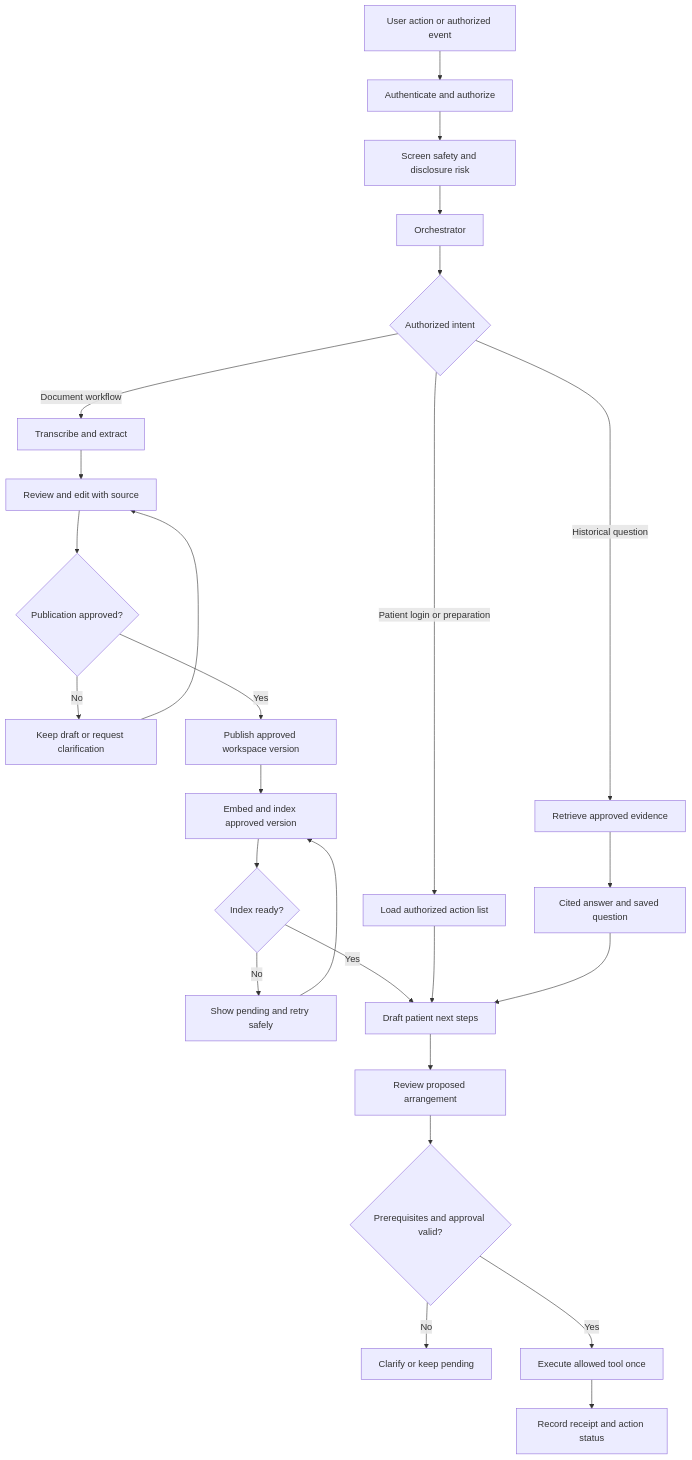
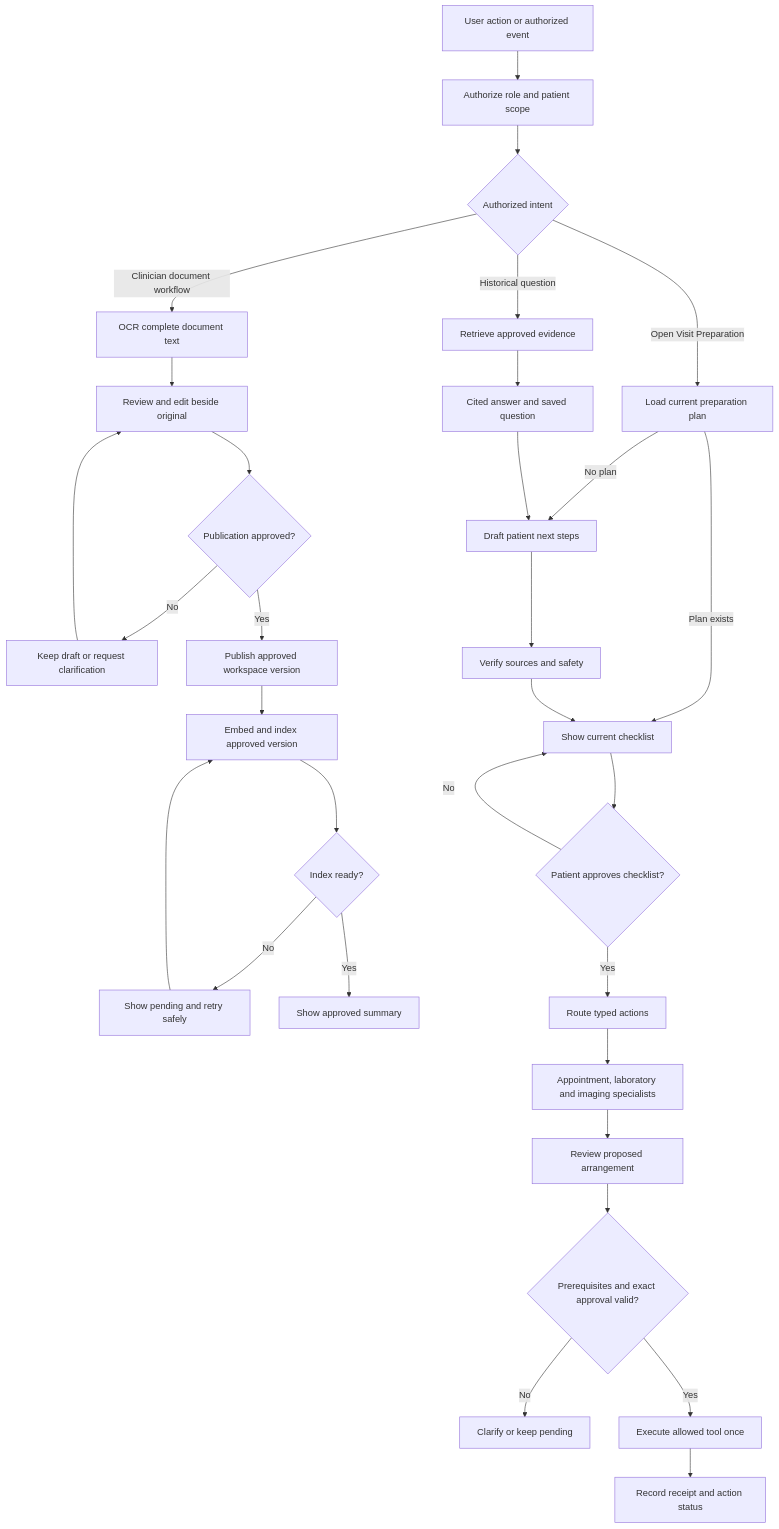
Before and after one commit to apushkar-repo/gbmcarepartner: the sixth of 6 diagrams in GBM_AI_Care_Companion_Architecture_Diagrams.md, drawn with Mermaid. The commit also changed other lines of this file and 69 other files, not shown here.

````diff
--- a/GBM_AI_Care_Companion_Architecture_Diagrams.md
+++ b/GBM_AI_Care_Companion_Architecture_Diagrams.md
@@ -201,28 +212,33 @@
 ```mermaid
 flowchart TD
-  START[User action or authorized event] --> AUTH[Authenticate and authorize]
-  AUTH --> GUARD[Screen safety and disclosure risk]
-  GUARD --> ORCH[Orchestrator]
-  ORCH --> ROUTE{Authorized intent}
-  ROUTE -->|Document workflow| DOC[Transcribe and extract]
-  DOC --> REVIEW[Review and edit with source]
+  START[User action or authorized event] --> AUTH[Authorize role and patient scope]
+  AUTH --> ROUTE{Authorized intent}
+  ROUTE -->|Clinician document workflow| DOC[OCR complete document text]
+  DOC --> REVIEW[Review and edit beside original]
   REVIEW --> APPROVE{Publication approved?}
   APPROVE -->|No| DRAFT[Keep draft or request clarification]
   DRAFT --> REVIEW
   APPROVE -->|Yes| PUBLISH[Publish approved workspace version]
   PUBLISH --> INDEX[Embed and index approved version]
   INDEX --> READY{Index ready?}
   READY -->|No| RETRY[Show pending and retry safely]
   RETRY --> INDEX
-  READY -->|Yes| TASKS[Draft patient next steps]
-  ROUTE -->|Patient login or preparation| BOARD[Load authorized action list]
-  BOARD --> TASKS
+  READY -->|Yes| SUMMARY[Show approved summary]
+  ROUTE -->|Open Visit Preparation| BOARD[Load current preparation plan]
+  BOARD -->|No plan| TASKS[Draft patient next steps]
+  BOARD -->|Plan exists| REVIEWTASKS[Show current checklist]
   ROUTE -->|Historical question| RAG[Retrieve approved evidence]
   RAG --> ANSWER[Cited answer and saved question]
   ANSWER --> TASKS
-  TASKS --> ARRANGE[Review proposed arrangement]
-  ARRANGE --> GATE{Prerequisites and approval valid?}
+  TASKS --> VERIFY[Verify sources and safety]
+  VERIFY --> REVIEWTASKS
+  REVIEWTASKS --> PATIENT{Patient approves checklist?}
+  PATIENT -->|No| REVIEWTASKS
+  PATIENT -->|Yes| ACTIONORCH[Route typed actions]
+  ACTIONORCH --> SPECIALISTS[Appointment, laboratory and imaging specialists]
+  SPECIALISTS --> ARRANGE[Review proposed arrangement]
+  ARRANGE --> GATE{Prerequisites and exact approval valid?}
   GATE -->|No| WAIT[Clarify or keep pending]
   GATE -->|Yes| EXEC[Execute allowed tool once]
   EXEC --> RESULT[Record receipt and action status]
 ```
````
